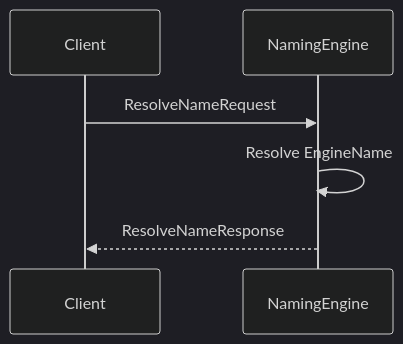
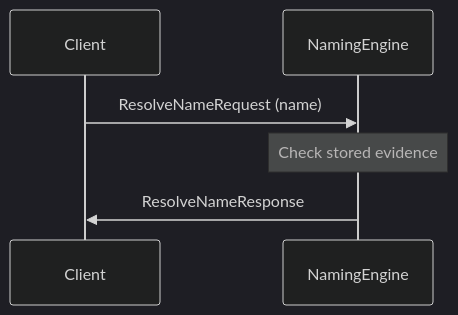
The first of 3 diagrams in docs/node_architecture/engines/naming_overview.juvix.md (anoma/nspec), drawn with Mermaid (dark theme) before and after one commit. The commit also changed other lines of this file and 9 other files, not shown here.

Commit message:
Clearn up sequence diagrams

````diff
--- a/docs/node_architecture/engines/naming_overview.juvix.md
+++ b/docs/node_architecture/engines/naming_overview.juvix.md
@@ -154,9 +154,9 @@
 ```mermaid
 sequenceDiagram
     participant Client
     participant NamingEngine
 
-    Client ->> NamingEngine: ResolveNameRequest
-    NamingEngine ->> NamingEngine: Resolve EngineName
-    NamingEngine -->> Client: ResolveNameResponse
+    Client->>NamingEngine: ResolveNameRequest (name)
+    Note over NamingEngine: Check stored evidence
+    NamingEngine->>Client: ResolveNameResponse
 ```
````
